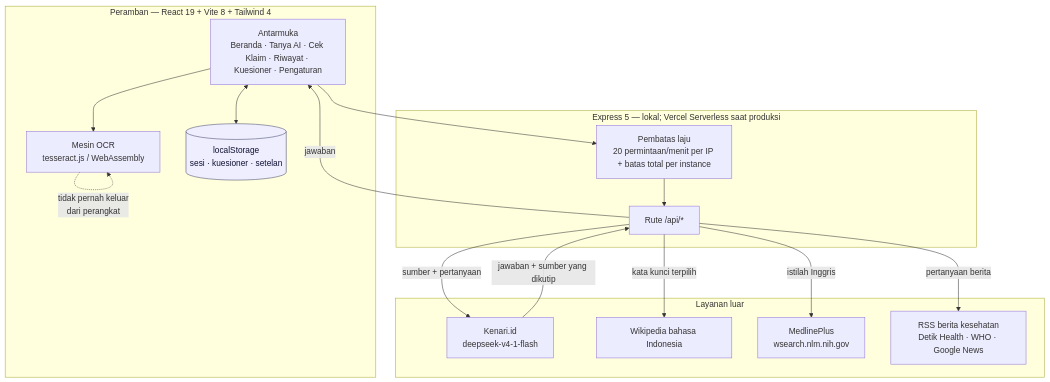
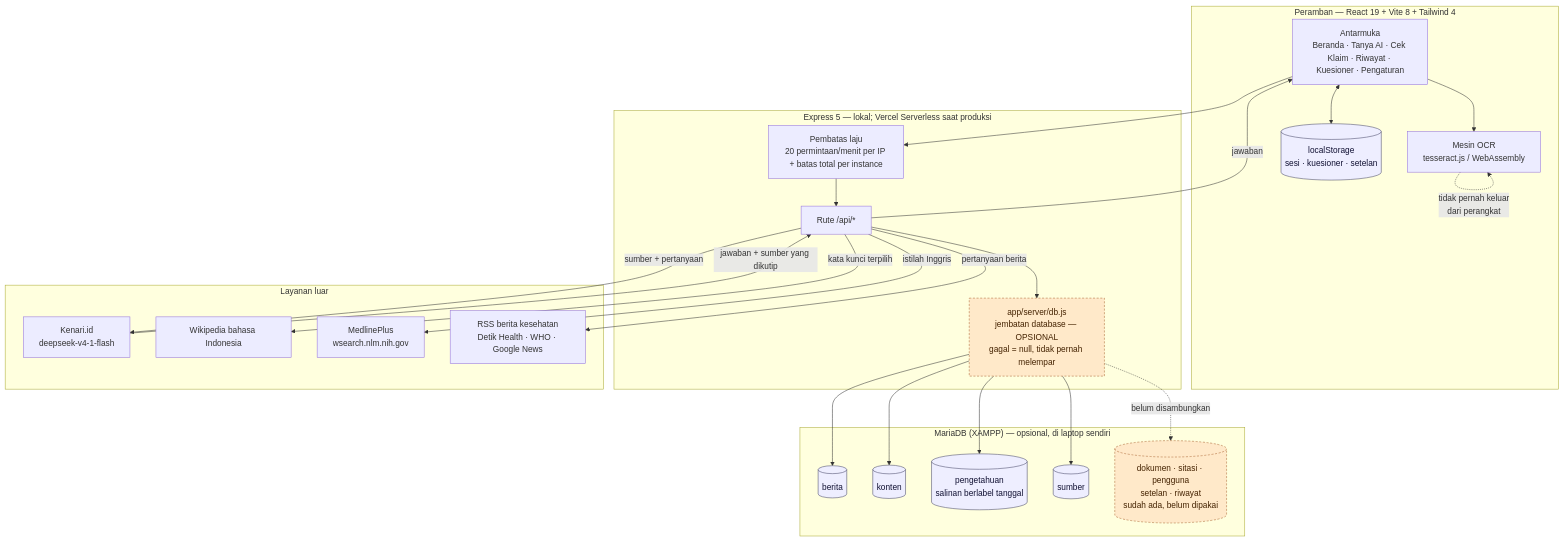
One commit to Ellbaayy/Pahami-sehat changed the diagram in README.md. Above: the diagram before and after it, drawn with Mermaid. The commit also changed other lines of this file, not shown here.

First line of the commit message:
README: perbarui arsitektur - database sudah tersambung

````diff
--- a/README.md
+++ b/README.md
@@ -158,35 +161,55 @@
 ```mermaid
 flowchart TB
   subgraph Peramban["Peramban — React 19 + Vite 8 + Tailwind 4"]
     UI["Antarmuka<br/>Beranda · Tanya AI · Cek Klaim · Riwayat · Kuesioner · Pengaturan"]
     OCR["Mesin OCR<br/>tesseract.js / WebAssembly"]
     LS[("localStorage<br/>sesi · kuesioner · setelan")]
   end
 
   subgraph Server["Express 5 — lokal; Vercel Serverless saat produksi"]
     B["Pembatas laju<br/>20 permintaan/menit per IP + batas total per instance"]
     R["Rute /api/*"]
+    DBJ["app/server/db.js<br/>jembatan database — OPSIONAL<br/>gagal = null, tidak pernah melempar"]
+  end
+
+  subgraph Simpanan["MariaDB (XAMPP) — opsional, di laptop sendiri"]
+    T1[("berita")]
+    T2[("konten")]
+    T3[("pengetahuan<br/>salinan berlabel tanggal")]
+    T4[("sumber")]
+    T5[("dokumen · sitasi · pengguna<br/>setelan · riwayat<br/>sudah ada, belum dipakai")]
   end
 
   subgraph Luar["Layanan luar"]
     K["Kenari.id<br/>deepseek-v4-1-flash"]
     W["Wikipedia bahasa Indonesia"]
     M["MedlinePlus<br/>wsearch.nlm.nih.gov"]
     N["RSS berita kesehatan<br/>Detik Health · WHO · Google News"]
   end
 
   UI --> B --> R
   UI <--> LS
   UI --> OCR
   OCR -.->|"tidak pernah keluar<br/>dari perangkat"| OCR
 
   R -->|"kata kunci terpilih"| W
   R -->|"istilah Inggris"| M
   R -->|"pertanyaan berita"| N
   R -->|"sumber + pertanyaan"| K
   K -->|"jawaban + sumber yang dikutip"| R
   R -->|"jawaban"| UI
 
+  R --> DBJ
+  DBJ --> T1
+  DBJ --> T2
+  DBJ --> T3
+  DBJ --> T4
+  DBJ -.->|"belum disambungkan"| T5
+
   classDef store fill:#eef,stroke:#446,color:#113
+  classDef opsional fill:#ffe9c9,stroke:#a63,color:#420,stroke-dasharray:4 3
   class LS store
+  class T1,T2,T3,T4 store
+  class T5 opsional
+  class DBJ opsional
 ```
````
